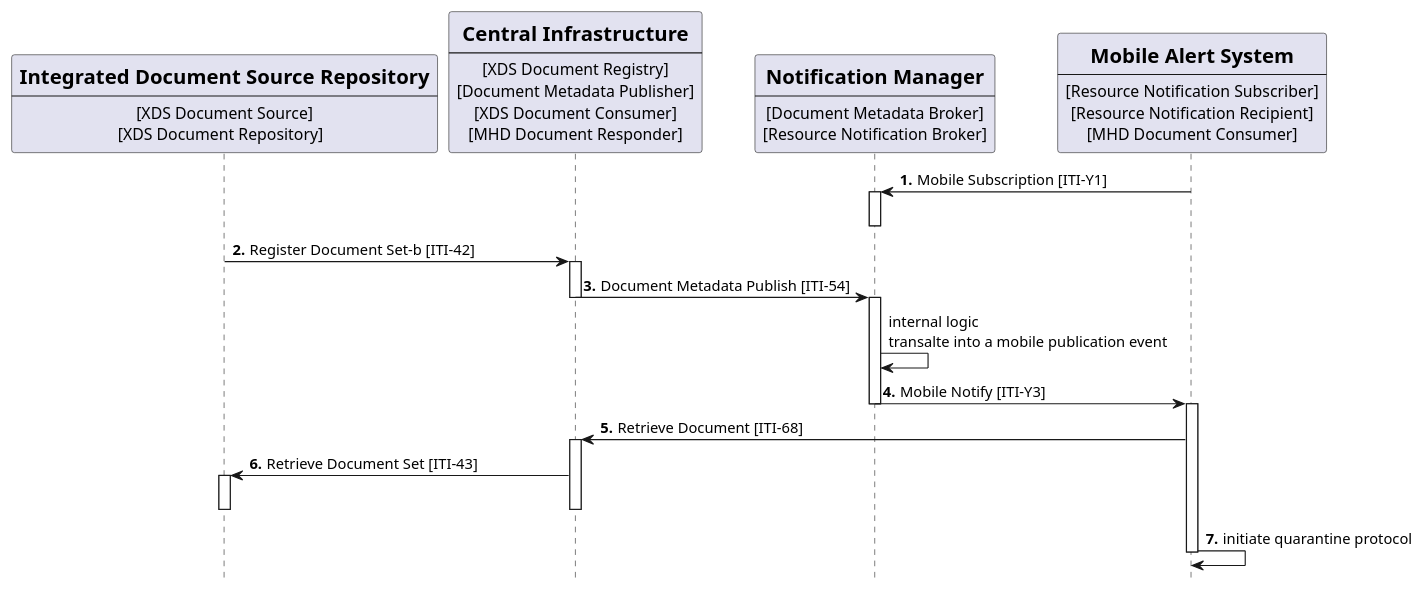
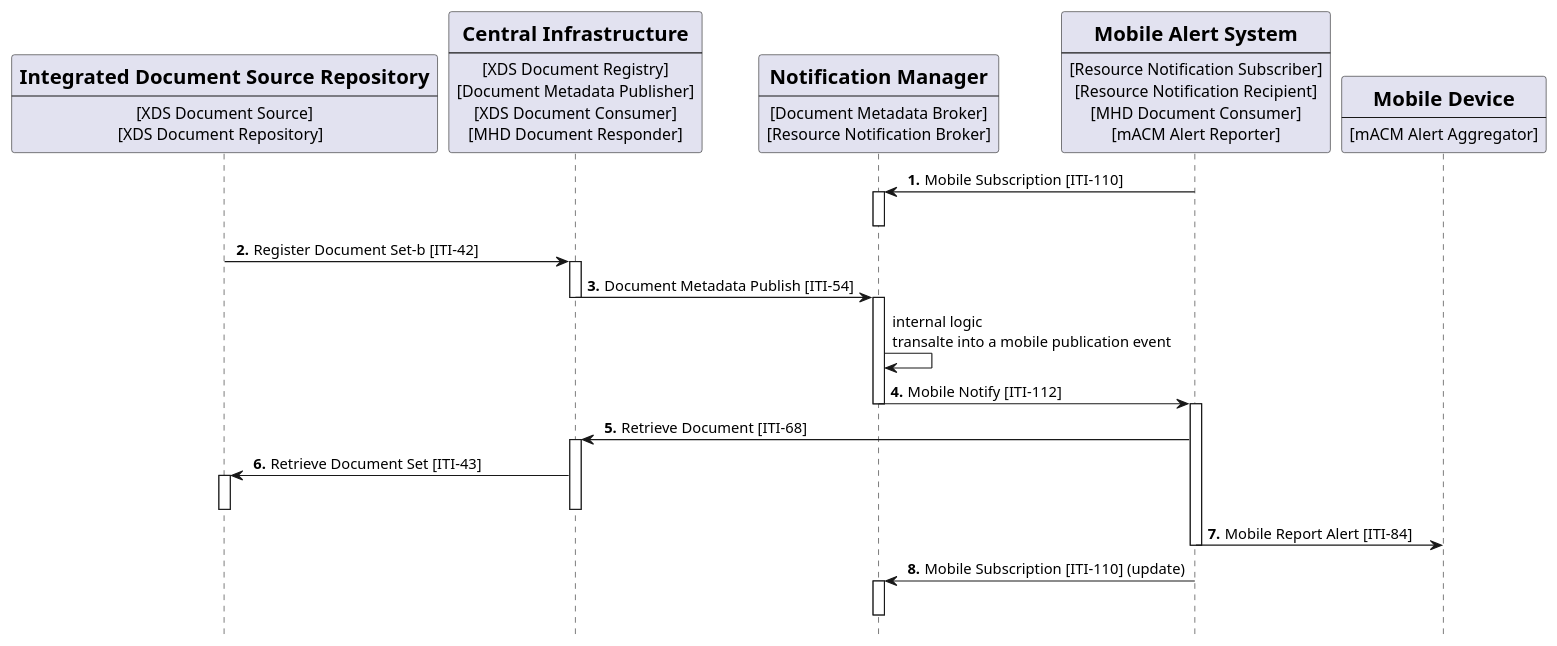
Before and after one commit to IHE/ITI.DSUBm: the diagram in input/images-source/usecase5-processflow.plantuml, drawn with PlantUML. The commit also changed 13 other files, not shown here.

```diff
--- a/input/images-source/usecase5-processflow.plantuml
+++ b/input/images-source/usecase5-processflow.plantuml
@@ -1,66 +1,75 @@
 @startuml
 skinparam svgDimensionStyle false
 hide footbox
 /'title "Subscription with DSUBm on DSUB infrastructure from Mobile Device" '/
 
 
 participant Repository [
     =Integrated Document Source Repository
     ----
     [XDS Document Source]
     [XDS Document Repository]  
 ] 
 
 participant Central [
     =Central Infrastructure
     ----
     [XDS Document Registry]
     [Document Metadata Publisher]
     [XDS Document Consumer]
     [MHD Document Responder]
 ] 
 
 participant Broker [
     =Notification Manager
     ----
     [Document Metadata Broker]
     [Resource Notification Broker]
 ] 
 
 
 participant MobDevice [
     =Mobile Alert System 
     ----
     [Resource Notification Subscriber]
     [Resource Notification Recipient]
     [MHD Document Consumer]
+    [mACM Alert Reporter]
 ] 
 
-autonumber 1 "<b>."
-MobDevice -> Broker: Mobile Subscription [ITI-Y1]
+participant Device [
+    =Mobile Device
+    ----
+    [mACM Alert Aggregator]
+] 
+
+autonumber "<b> ."
+MobDevice -> Broker: Mobile Subscription [ITI-110]
 activate Broker
 deactivate Broker
 Repository -> Central: Register Document Set-b [ITI-42]
 activate Central
 Central -> Broker:  Document Metadata Publish [ITI-54]
 deactivate Central
 activate Broker
 autonumber stop 
 Broker -> Broker: internal logic\ntransalte into a mobile publication event
-autonumber 4 "<b>."
-Broker  -> MobDevice: Mobile Notify [ITI-Y3]
+autonumber 4 "<b> ."
+Broker  -> MobDevice: Mobile Notify [ITI-112]
 deactivate Broker
 
 activate MobDevice
 MobDevice -> Central: Retrieve Document [ITI-68]
 activate Central
 Central -> Repository: Retrieve Document Set [ITI-43]
 activate Repository
 deactivate Repository
 deactivate Central
-MobDevice -> MobDevice: initiate quarantine protocol
+MobDevice -> Device: Mobile Report Alert [ITI-84]
 deactivate MobDevice
 
-
+MobDevice -> Broker: Mobile Subscription [ITI-110] (update)
+activate Broker
+deactivate Broker
 
 @enduml
```
